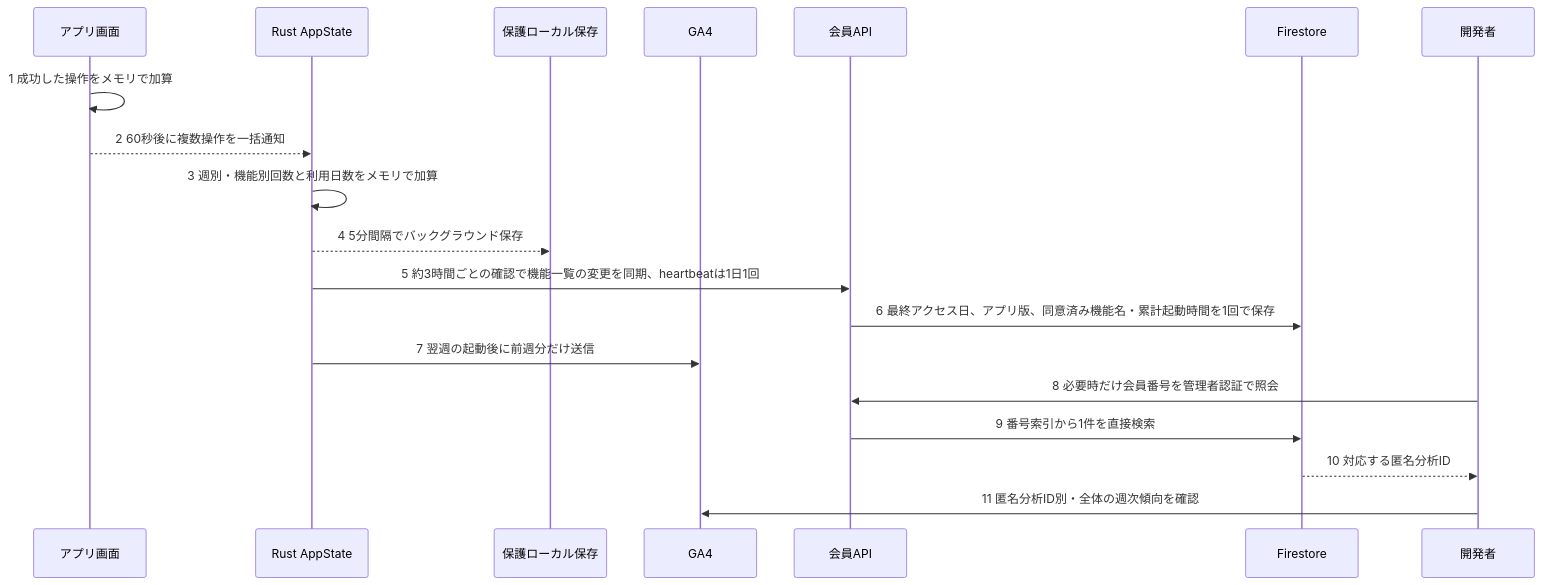
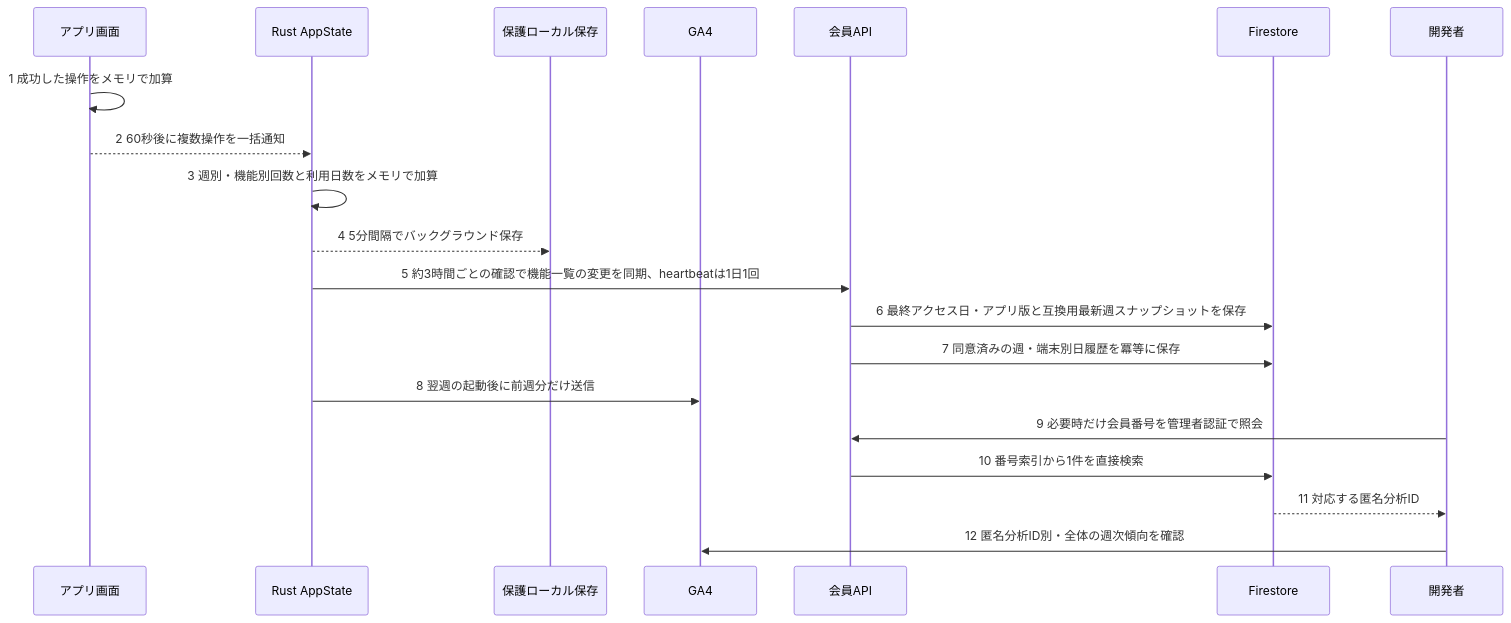
Before and after one commit to ore-no-fusen/ore-no-fusen: the third of 4 diagrams in docs-v2/009_MEMBERSHIP.md, drawn with Mermaid. The commit also changed other lines of this file and 13 other files, not shown here.

````diff
--- a/docs-v2/009_MEMBERSHIP.md
+++ b/docs-v2/009_MEMBERSHIP.md
@@ -85,21 +85,22 @@
 ```mermaid
 sequenceDiagram
     participant UI as アプリ画面
     participant Rust as Rust AppState
     participant Local as 保護ローカル保存
     participant GA as GA4
     participant API as 会員API
     participant DB as Firestore
     participant Owner as 開発者
     UI->>UI: 1 成功した操作をメモリで加算
     UI-->>Rust: 2 60秒後に複数操作を一括通知
     Rust->>Rust: 3 週別・機能別回数と利用日数をメモリで加算
     Rust-->>Local: 4 5分間隔でバックグラウンド保存
     Rust->>API: 5 約3時間ごとの確認で機能一覧の変更を同期、heartbeatは1日1回
-    API->>DB: 6 最終アクセス日、アプリ版、同意済み機能名・累計起動時間を1回で保存
-    Rust->>GA: 7 翌週の起動後に前週分だけ送信
-    Owner->>API: 8 必要時だけ会員番号を管理者認証で照会
-    API->>DB: 9 番号索引から1件を直接検索
-    DB-->>Owner: 10 対応する匿名分析ID
-    Owner->>GA: 11 匿名分析ID別・全体の週次傾向を確認
+    API->>DB: 6 最終アクセス日・アプリ版と互換用最新週スナップショットを保存
+    API->>DB: 7 同意済みの週・端末別日履歴を冪等に保存
+    Rust->>GA: 8 翌週の起動後に前週分だけ送信
+    Owner->>API: 9 必要時だけ会員番号を管理者認証で照会
+    API->>DB: 10 番号索引から1件を直接検索
+    DB-->>Owner: 11 対応する匿名分析ID
+    Owner->>GA: 12 匿名分析ID別・全体の週次傾向を確認
 ```
````
